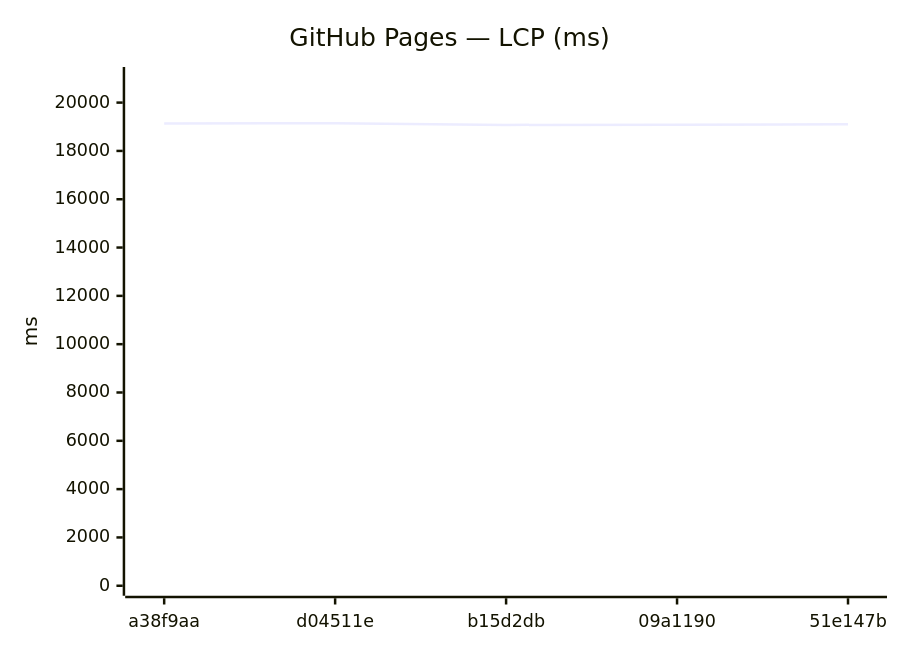
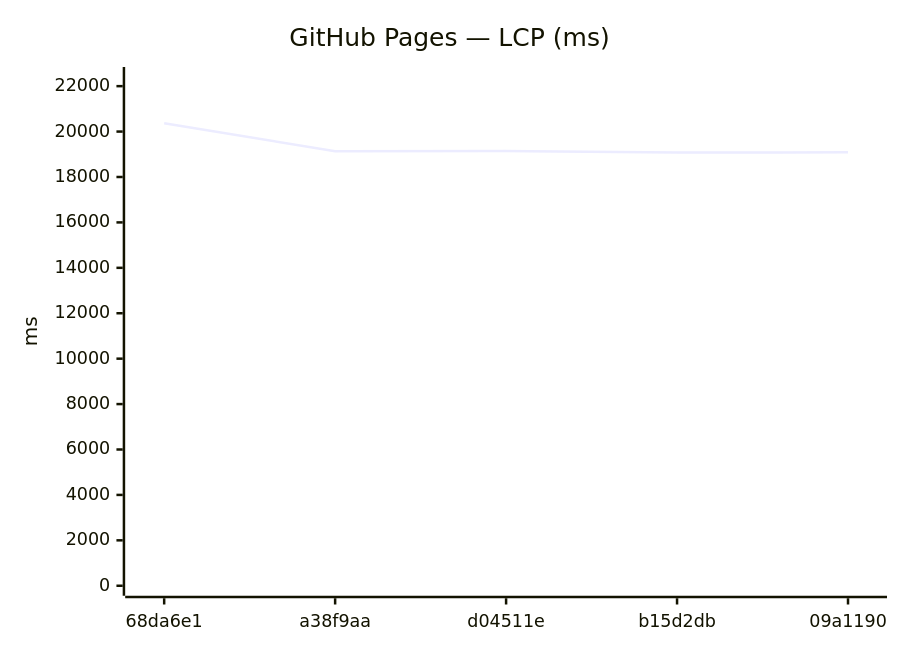
Before and after one commit to Metaheurist/Rianell: the ninth of 18 diagrams in benchmarks/compare.md, drawn with Mermaid. The commit also changed other lines of this file and 11 other files, not shown here.

````diff
--- a/benchmarks/compare.md
+++ b/benchmarks/compare.md
@@ -142,7 +142,7 @@
 ```mermaid
 xychart-beta
     title "GitHub Pages — LCP (ms)"
-    x-axis ["a38f9aa", "d04511e", "b15d2db", "09a1190", "51e147b"]
-    y-axis "ms" 0 --> 21060
-    line [19133, 19145, 19077, 19086, 19101]
+    x-axis ["68da6e1", "a38f9aa", "d04511e", "b15d2db", "09a1190"]
+    y-axis "ms" 0 --> 22403
+    line [20366, 19133, 19145, 19077, 19086]
 ```
````
